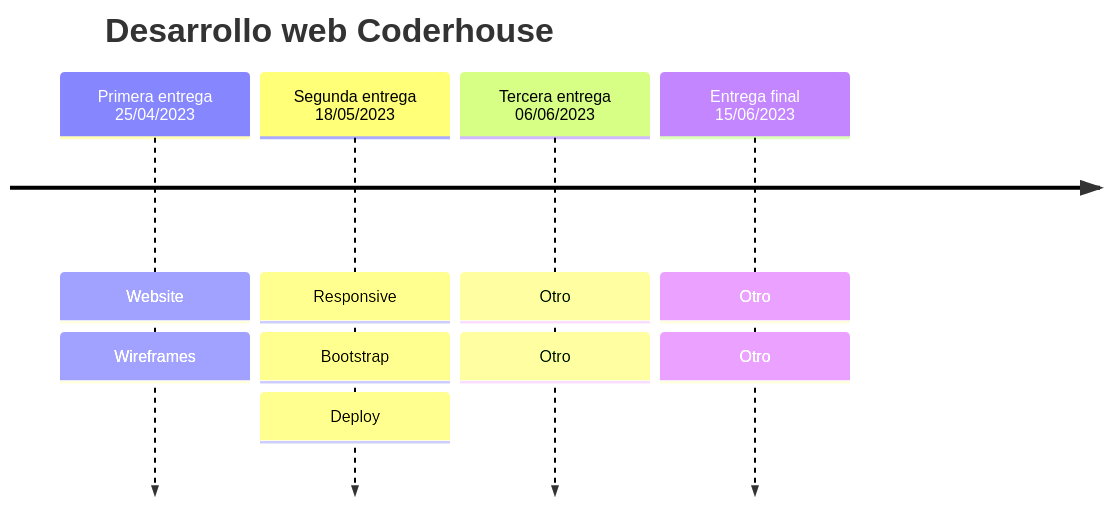
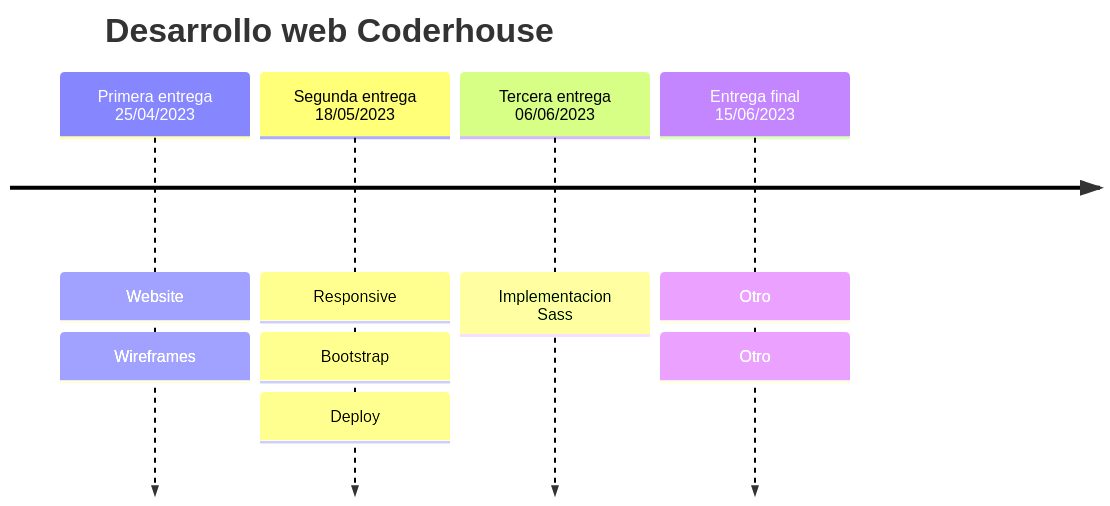
The diagram in README.md (agusflores/desarrollo-web-coderhouse), drawn with Mermaid before and after one commit. The commit also changed other lines of this file, not shown here.

````diff
--- a/README.md
+++ b/README.md
@@ -20,8 +21,8 @@
 ``` mermaid
 timeline
     title Desarrollo web Coderhouse 
     Primera entrega 25/04/2023 : Website : Wireframes
     Segunda entrega 18/05/2023 : Responsive : Bootstrap : Deploy
-    Tercera entrega 06/06/2023 : Otro : Otro
+    Tercera entrega 06/06/2023 : Implementacion Sass
     Entrega final 15/06/2023 : Otro : Otro
 ```
````
